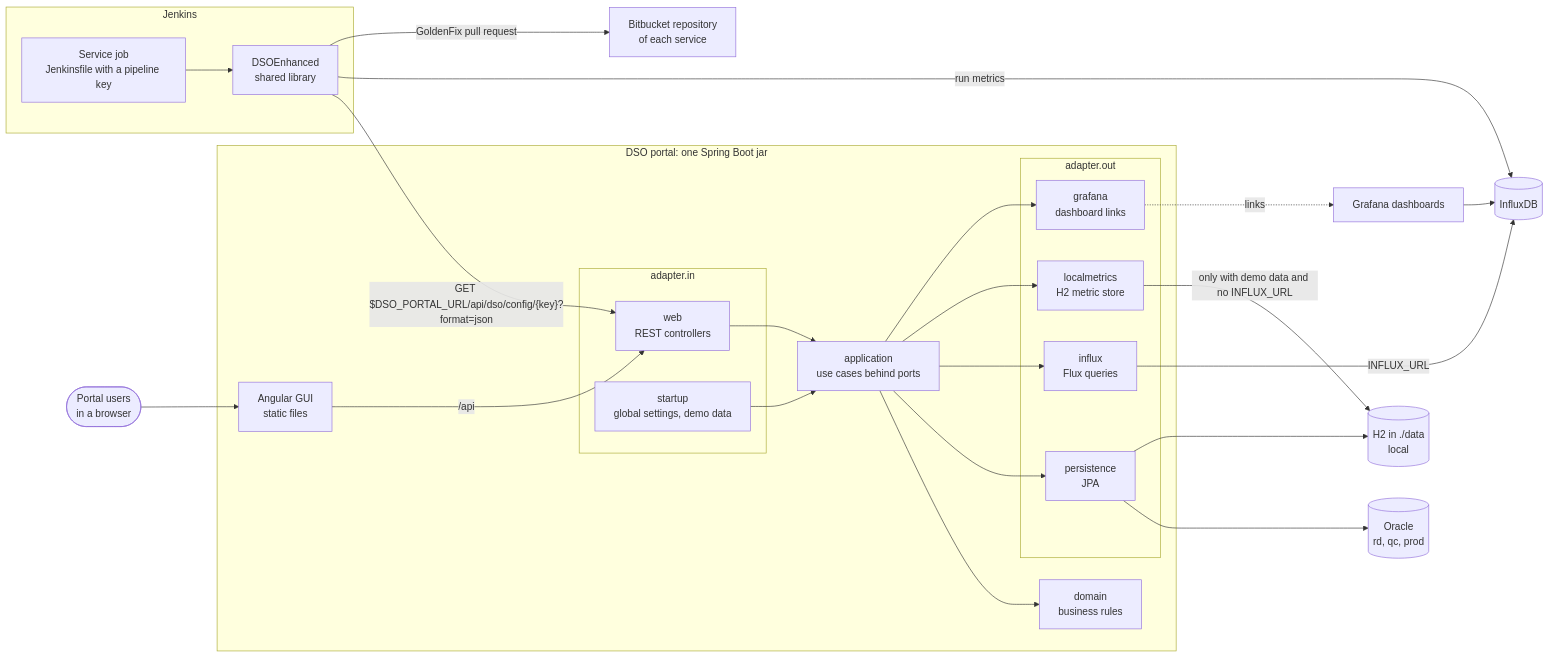
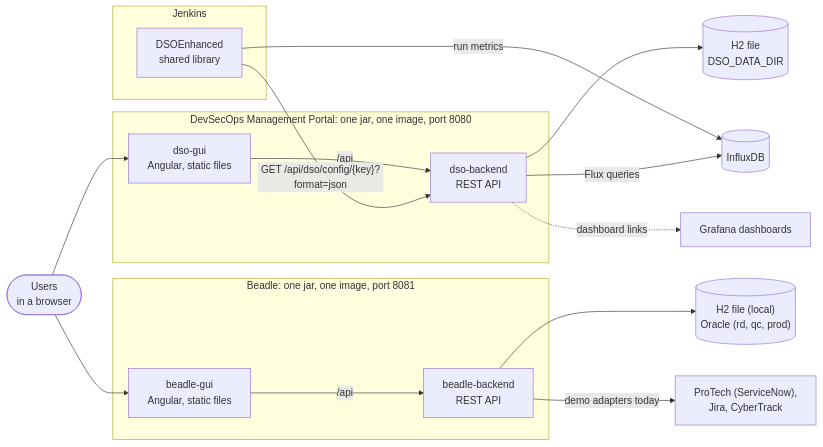
One commit to mateuszmatan/DSOMgmtPortal changed the second of 4 diagrams in README.md. Above: the diagram before and after it, drawn with Mermaid. The commit also changed other lines of this file and 173 other files, not shown here.

````diff
--- a/README.md
+++ b/README.md
@@ -454,47 +786,31 @@
 ```mermaid
 flowchart LR
-    users(["Portal users<br/>in a browser"])
+    users(["Users<br/>in a browser"])
+    subgraph dso["DevSecOps Management Portal: one jar, one image, port 8080"]
+        dsogui["dso-gui<br/>Angular, static files"]
+        dsoapi["dso-backend<br/>REST API"]
+        dsogui -- "/api" --> dsoapi
+    end
+    subgraph beadle["Beadle: one jar, one image, port 8081"]
+        beadlegui["beadle-gui<br/>Angular, static files"]
+        beadleapi["beadle-backend<br/>REST API"]
+        beadlegui -- "/api" --> beadleapi
+    end
     subgraph jenkins["Jenkins"]
-        job["Service job<br/>Jenkinsfile with a pipeline key"]
         lib["DSOEnhanced<br/>shared library"]
-        job --> lib
     end
-    subgraph jar["DSO portal: one Spring Boot jar"]
-        gui["Angular GUI<br/>static files"]
-        subgraph ain["adapter.in"]
-            web["web<br/>REST controllers"]
-            startup["startup<br/>global settings, demo data"]
-        end
-        usecases["application<br/>use cases behind ports"]
-        domain["domain<br/>business rules"]
-        subgraph aout["adapter.out"]
-            persistence["persistence<br/>JPA"]
-            influxq["influx<br/>Flux queries"]
-            localm["localmetrics<br/>H2 metric store"]
-            grafana["grafana<br/>dashboard links"]
-        end
-        web --> usecases
-        startup --> usecases
-        usecases --> domain
-        usecases --> persistence
-        usecases --> influxq
-        usecases --> localm
-        usecases --> grafana
-    end
-    oracle[("Oracle<br/>rd, qc, prod")]
-    h2[("H2 in ./data<br/>local")]
+    dsodb[("H2 file<br/>DSO_DATA_DIR")]
+    beadledb[("H2 file (local)<br/>Oracle (rd, qc, prod)")]
     influx[("InfluxDB")]
-    dashboards["Grafana dashboards"]
-    bitbucket["Bitbucket repository<br/>of each service"]
-    users --> gui
-    gui -- "/api" --> web
-    lib -- "GET $DSO_PORTAL_URL/api/dso/config/{key}?format=json" --> web
+    grafana["Grafana dashboards"]
+    protech["ProTech (ServiceNow),<br/>Jira, CyberTrack"]
+    users --> dsogui
+    users --> beadlegui
+    lib -- "GET /api/dso/config/{key}?format=json" --> dsoapi
     lib -- "run metrics" --> influx
-    lib -- "GoldenFix pull request" --> bitbucket
-    persistence --> oracle
-    persistence --> h2
-    localm -- "only with demo data and no INFLUX_URL" --> h2
-    influxq -- "INFLUX_URL" --> influx
-    grafana -. "links" .-> dashboards
-    dashboards --> influx
+    dsoapi --> dsodb
+    dsoapi -- "Flux queries" --> influx
+    dsoapi -. "dashboard links" .-> grafana
+    beadleapi --> beadledb
+    beadleapi -- "demo adapters today" --> protech
 ```
````
